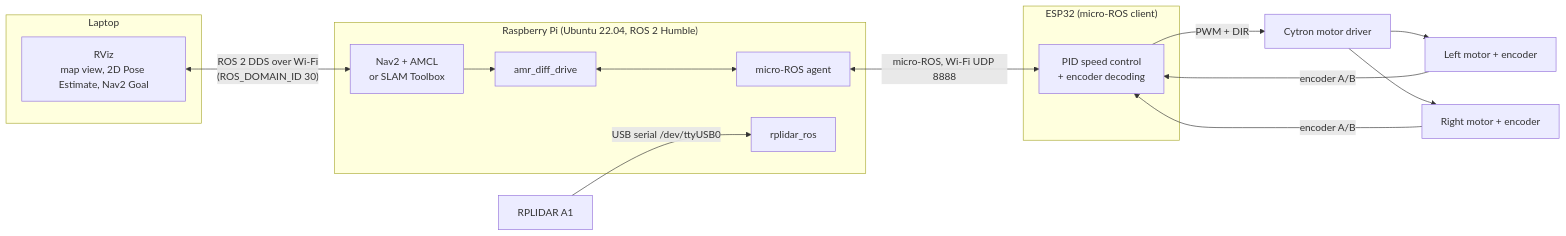
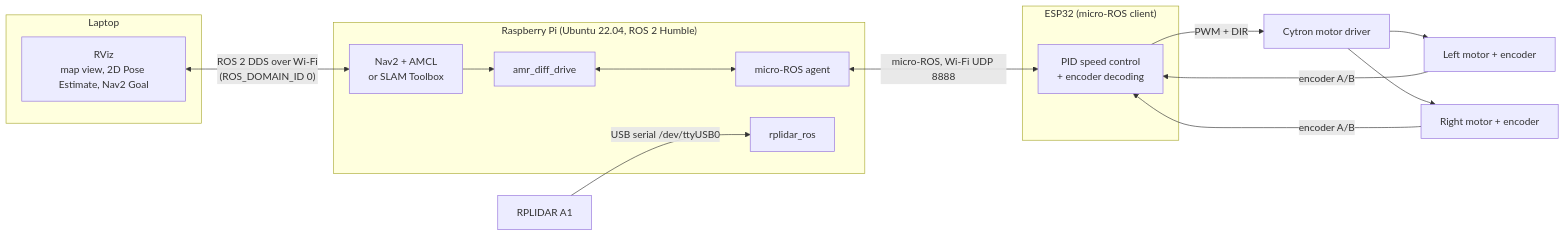
One commit to codr-shiv/amr changed the first of 11 diagrams in final-product/docs/architecture.md. Above: the diagram before and after it, drawn with Mermaid. The commit also changed other lines of this file and 31 other files, not shown here.

````diff
--- a/final-product/docs/architecture.md
+++ b/final-product/docs/architecture.md
@@ -17,30 +17,30 @@
 ```mermaid
 flowchart LR
     subgraph Laptop
         RVIZ["RViz<br/>map view, 2D Pose Estimate, Nav2 Goal"]
     end
     subgraph Pi["Raspberry Pi (Ubuntu 22.04, ROS 2 Humble)"]
         NAV["Nav2 + AMCL<br/>or SLAM Toolbox"]
         DD["amr_diff_drive"]
         AG["micro-ROS agent"]
         LD["rplidar_ros"]
     end
     subgraph ESP["ESP32 (micro-ROS client)"]
         FW["PID speed control<br/>+ encoder decoding"]
     end
     LIDAR["RPLIDAR A1"]
     DRV["Cytron motor driver"]
     ML["Left motor + encoder"]
     MR["Right motor + encoder"]
 
-    RVIZ <-->|"ROS 2 DDS over Wi-Fi<br/>(ROS_DOMAIN_ID 30)"| NAV
+    RVIZ <-->|"ROS 2 DDS over Wi-Fi<br/>(ROS_DOMAIN_ID 0)"| NAV
     LIDAR -->|"USB serial /dev/ttyUSB0"| LD
     NAV --> DD
     DD <--> AG
     AG <-->|"micro-ROS, Wi-Fi UDP 8888"| FW
     FW -->|"PWM + DIR"| DRV
     DRV --> ML
     DRV --> MR
     ML -->|"encoder A/B"| FW
     MR -->|"encoder A/B"| FW
 ```
````
